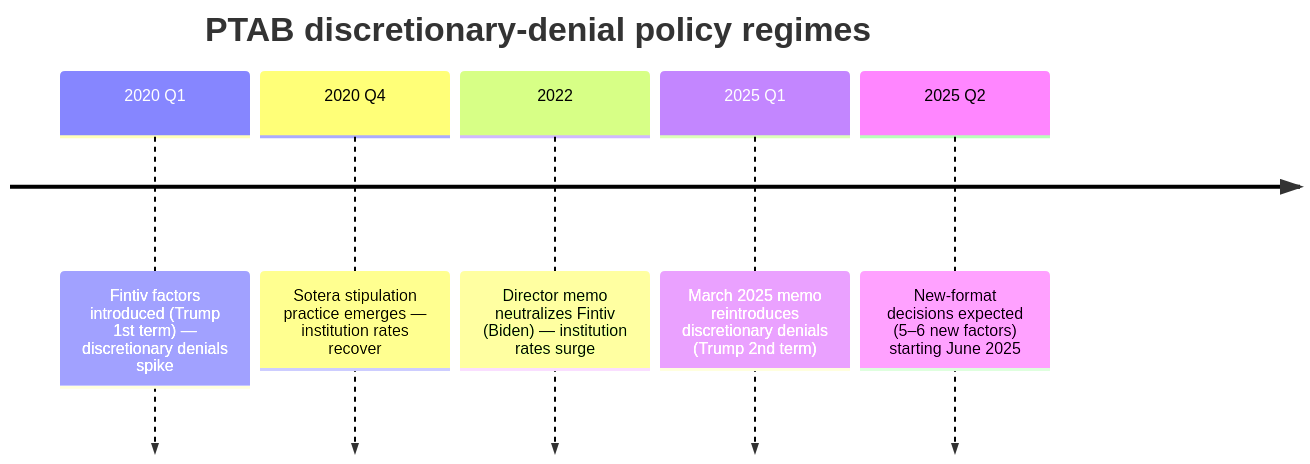
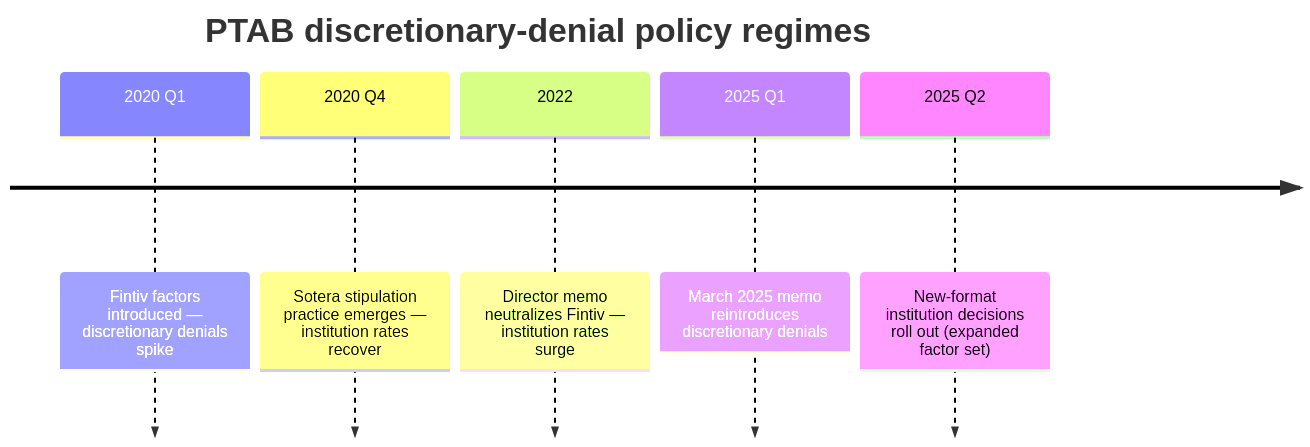
Before and after one commit to josemita87/ML-USPTO: the third of 3 diagrams in README.md, drawn with Mermaid. The commit also changed other lines of this file and 2 other files, not shown here.

````diff
--- a/README.md
+++ b/README.md
@@ -94,9 +94,9 @@
 ```mermaid
 timeline
     title PTAB discretionary-denial policy regimes
-    2020 Q1        : Fintiv factors introduced (Trump 1st term) — discretionary denials spike
+    2020 Q1        : Fintiv factors introduced — discretionary denials spike
     2020 Q4        : Sotera stipulation practice emerges — institution rates recover
-    2022           : Director memo neutralizes Fintiv (Biden) — institution rates surge
-    2025 Q1        : March 2025 memo reintroduces discretionary denials (Trump 2nd term)
-    2025 Q2        : New-format decisions expected (5–6 new factors) starting June 2025
+    2022           : Director memo neutralizes Fintiv — institution rates surge
+    2025 Q1        : March 2025 memo reintroduces discretionary denials
+    2025 Q2        : New-format institution decisions roll out (expanded factor set)
 ```
````
